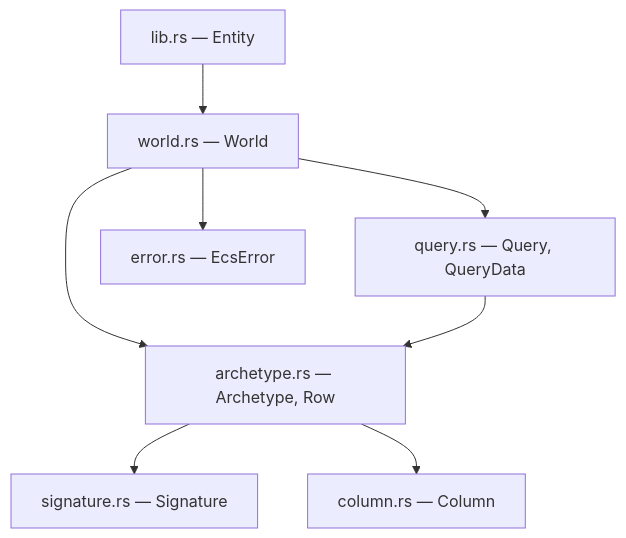
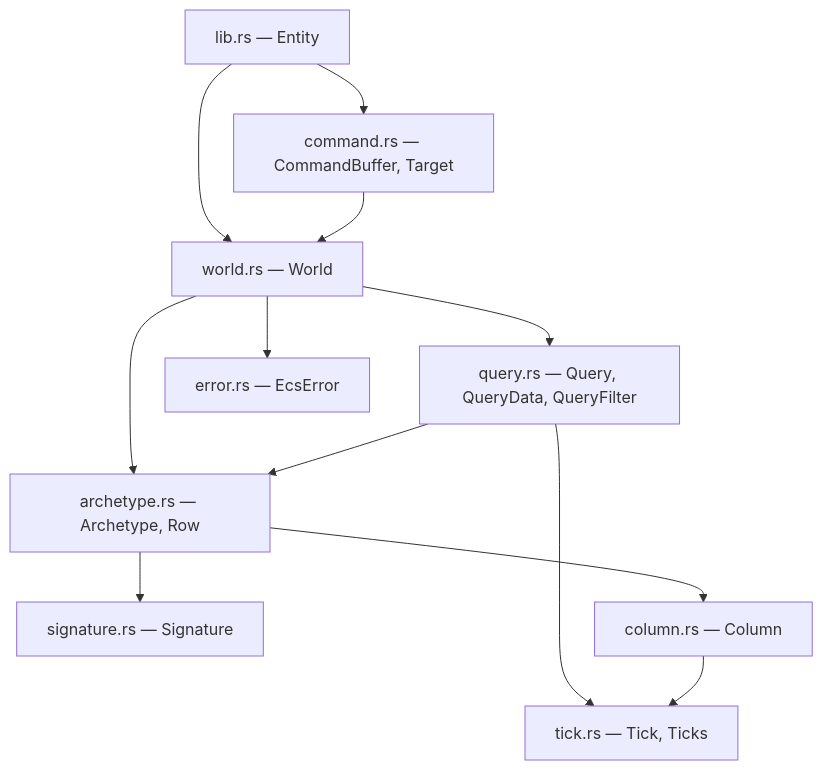
Before and after one commit to adamloec/slop: the first of 4 diagrams in docs/slop-ecs/README.md, drawn with Mermaid. The commit also changed other lines of this file and 13 other files, not shown here.

First line of the commit message:
Finish the ECS data model: deferred change, filters, and ticks

````diff
--- a/docs/slop-ecs/README.md
+++ b/docs/slop-ecs/README.md
@@ -37,18 +39,24 @@
 ```mermaid
 flowchart TD
     lib["lib.rs — Entity"]
     world["world.rs — World"]
-    query["query.rs — Query, QueryData"]
+    command["command.rs — CommandBuffer, Target"]
+    query["query.rs — Query, QueryData, QueryFilter"]
     archetype["archetype.rs — Archetype, Row"]
     signature["signature.rs — Signature"]
     column["column.rs — Column"]
+    tick["tick.rs — Tick, Ticks"]
     error["error.rs — EcsError"]
 
     lib --> world
+    lib --> command
+    command --> world
     world --> query
     world --> archetype
     query --> archetype
+    query --> tick
     archetype --> signature
     archetype --> column
+    column --> tick
     world --> error
 ```
````
